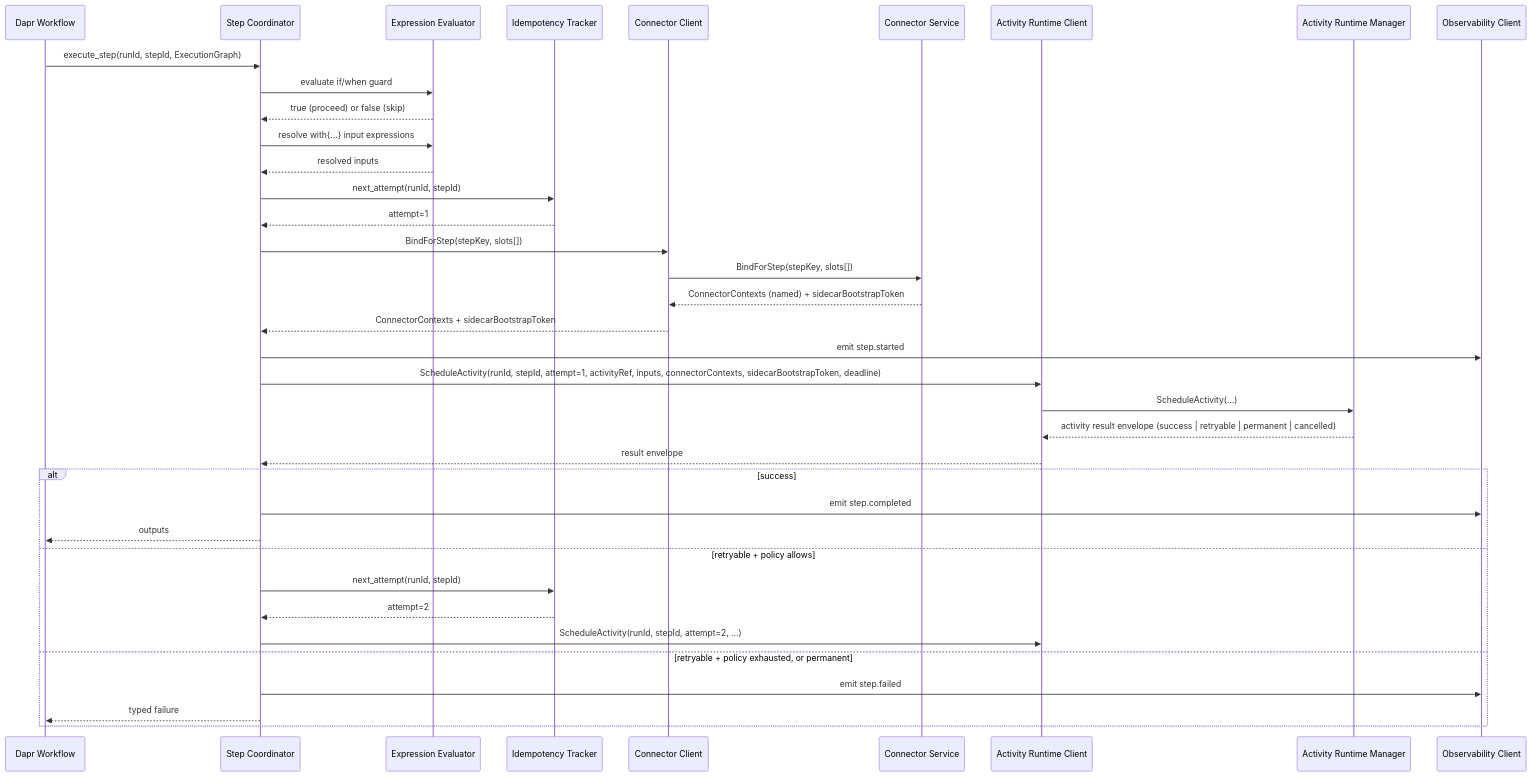
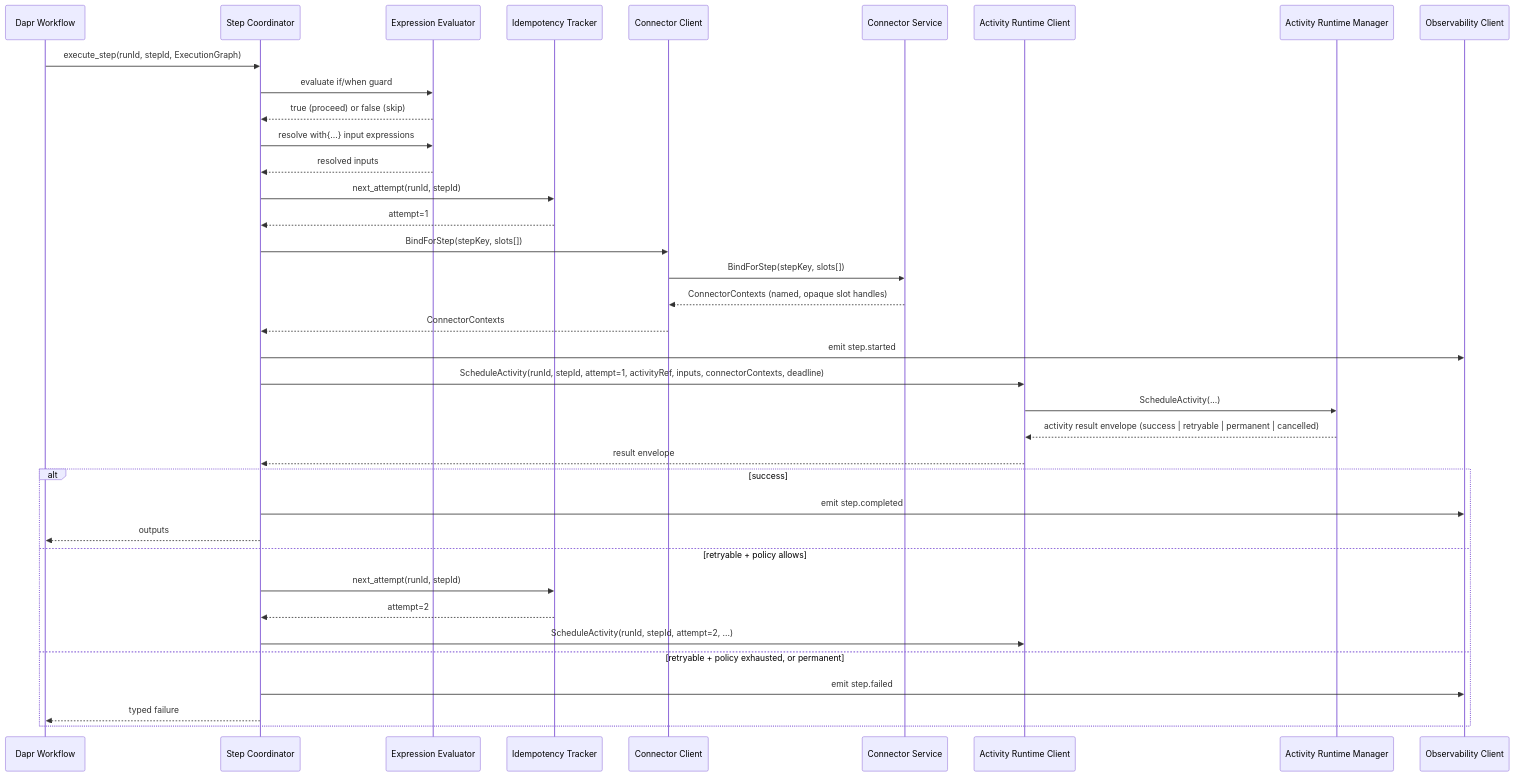
The third of 7 diagrams in design/components/workflow-service/design.md (toddysm/custos), drawn with Mermaid before and after one commit. The commit also changed other lines of this file and 7 other files, not shown here.

First line of the commit message:
design(bundle-g): correct sidecar bootstrap token ownership — ARM mints; BindForStep returns ConnectorContexts only

````diff
--- a/design/components/workflow-service/design.md
+++ b/design/components/workflow-service/design.md
@@ -101,40 +101,40 @@
 ```mermaid
 sequenceDiagram
     participant Dapr as Dapr Workflow
     participant SC as Step Coordinator
     participant EE as Expression Evaluator
     participant IT as Idempotency Tracker
     participant CC as Connector Client
     participant Conn as Connector Service
     participant AC as Activity Runtime Client
     participant ARM as Activity Runtime Manager
     participant Obs as Observability Client
 
     Dapr->>SC: execute_step(runId, stepId, ExecutionGraph)
     SC->>EE: evaluate if/when guard
     EE-->>SC: true (proceed) or false (skip)
     SC->>EE: resolve with{...} input expressions
     EE-->>SC: resolved inputs
     SC->>IT: next_attempt(runId, stepId)
     IT-->>SC: attempt=1
     SC->>CC: BindForStep(stepKey, slots[])
     CC->>Conn: BindForStep(stepKey, slots[])
-    Conn-->>CC: ConnectorContexts (named) + sidecarBootstrapToken
-    CC-->>SC: ConnectorContexts + sidecarBootstrapToken
+    Conn-->>CC: ConnectorContexts (named, opaque slot handles)
+    CC-->>SC: ConnectorContexts
     SC->>Obs: emit step.started
-    SC->>AC: ScheduleActivity(runId, stepId, attempt=1, activityRef, inputs, connectorContexts, sidecarBootstrapToken, deadline)
+    SC->>AC: ScheduleActivity(runId, stepId, attempt=1, activityRef, inputs, connectorContexts, deadline)
     AC->>ARM: ScheduleActivity(...)
     ARM-->>AC: activity result envelope (success | retryable | permanent | cancelled)
     AC-->>SC: result envelope
     alt success
         SC->>Obs: emit step.completed
         SC-->>Dapr: outputs
     else retryable + policy allows
         SC->>IT: next_attempt(runId, stepId)
         IT-->>SC: attempt=2
         SC->>AC: ScheduleActivity(runId, stepId, attempt=2, ...)
     else retryable + policy exhausted, or permanent
         SC->>Obs: emit step.failed
         SC-->>Dapr: typed failure
     end
 ```
````
